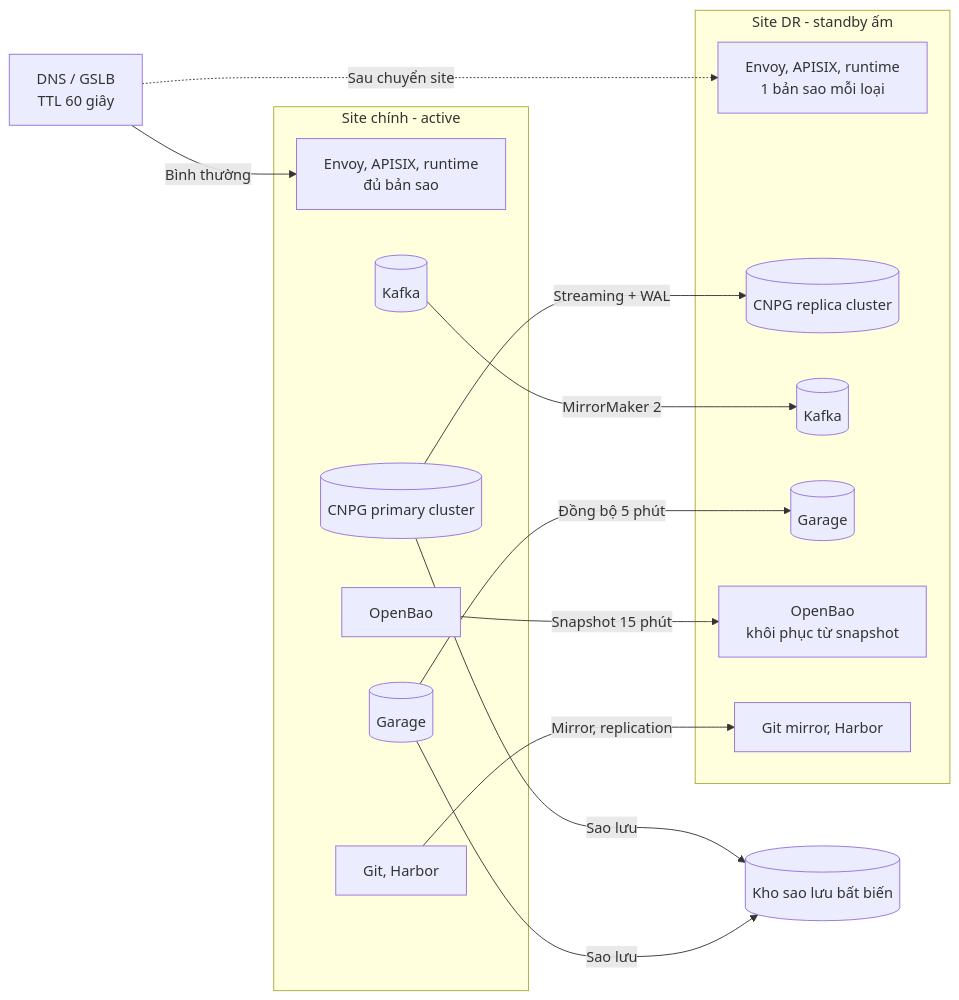
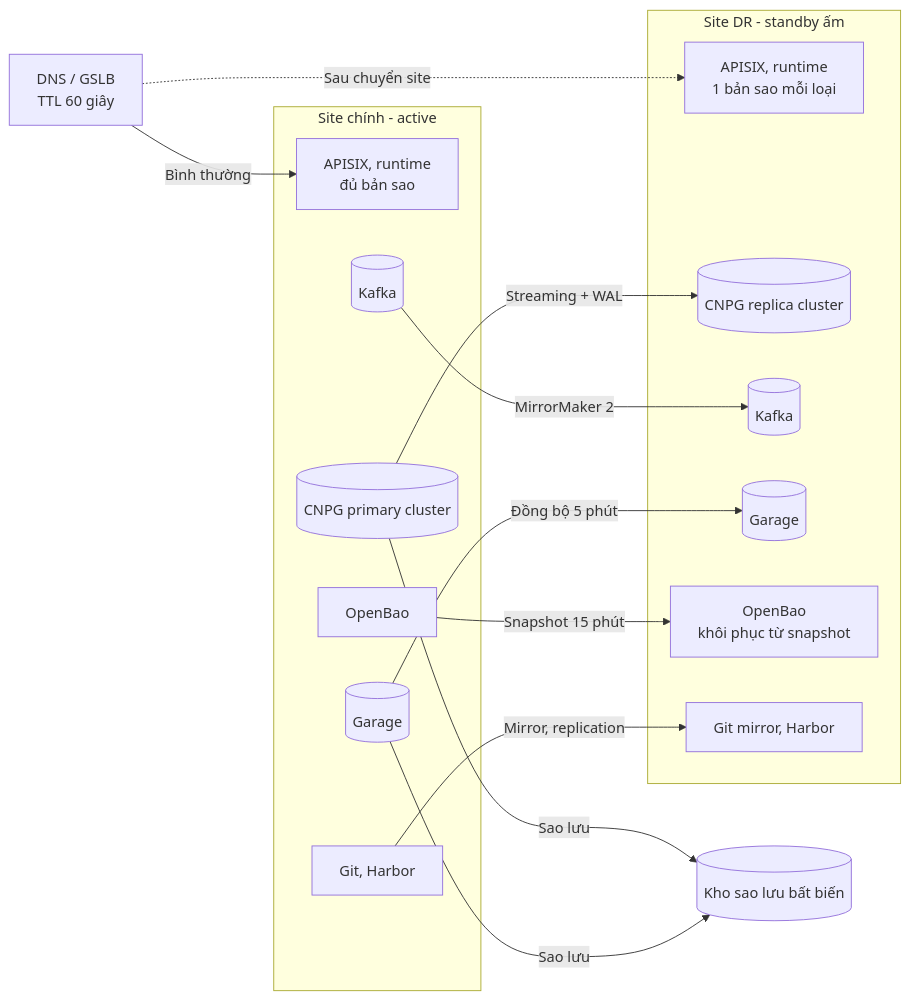
Before and after one commit to caprocute/DATAHUB: the third of 3 diagrams in datahub-docs/03-thiet-ke/ha-tang/D03-09-ha-tang-trien-khai-dr.md, drawn with Mermaid. The commit also changed other lines of this file and 7 other files, not shown here.

First line of the commit message:
docs(datahub-docs): lớp biên dùng APISIX + Coraza (ADR-033 bản 0.2); ghi các câu hỏi đã chốt 25/11

````diff
--- a/datahub-docs/03-thiet-ke/ha-tang/D03-09-ha-tang-trien-khai-dr.md
+++ b/datahub-docs/03-thiet-ke/ha-tang/D03-09-ha-tang-trien-khai-dr.md
@@ -696,29 +695,29 @@
 ```mermaid
 flowchart LR
   subgraph A["Site chính - active"]
-    A_GW["Envoy, APISIX, runtime<br/>đủ bản sao"]
+    A_GW["APISIX, runtime<br/>đủ bản sao"]
     A_PG[("CNPG primary cluster")]
     A_KF[("Kafka")]
     A_S3[("Garage")]
     A_BAO["OpenBao"]
     A_GIT["Git, Harbor"]
   end
   subgraph B["Site DR - standby ấm"]
-    B_GW["Envoy, APISIX, runtime<br/>1 bản sao mỗi loại"]
+    B_GW["APISIX, runtime<br/>1 bản sao mỗi loại"]
     B_PG[("CNPG replica cluster")]
     B_KF[("Kafka")]
     B_S3[("Garage")]
     B_BAO["OpenBao<br/>khôi phục từ snapshot"]
     B_GIT["Git mirror, Harbor"]
   end
   DNS["DNS / GSLB<br/>TTL 60 giây"]
   BK[("Kho sao lưu bất biến")]
   DNS -->|Bình thường| A_GW
   DNS -.->|Sau chuyển site| B_GW
   A_PG -->|Streaming + WAL| B_PG
   A_KF -->|MirrorMaker 2| B_KF
   A_S3 -->|Đồng bộ 5 phút| B_S3
   A_BAO -->|Snapshot 15 phút| B_BAO
   A_GIT -->|Mirror, replication| B_GIT
   A_PG & A_S3 -->|Sao lưu| BK
 ```
````
